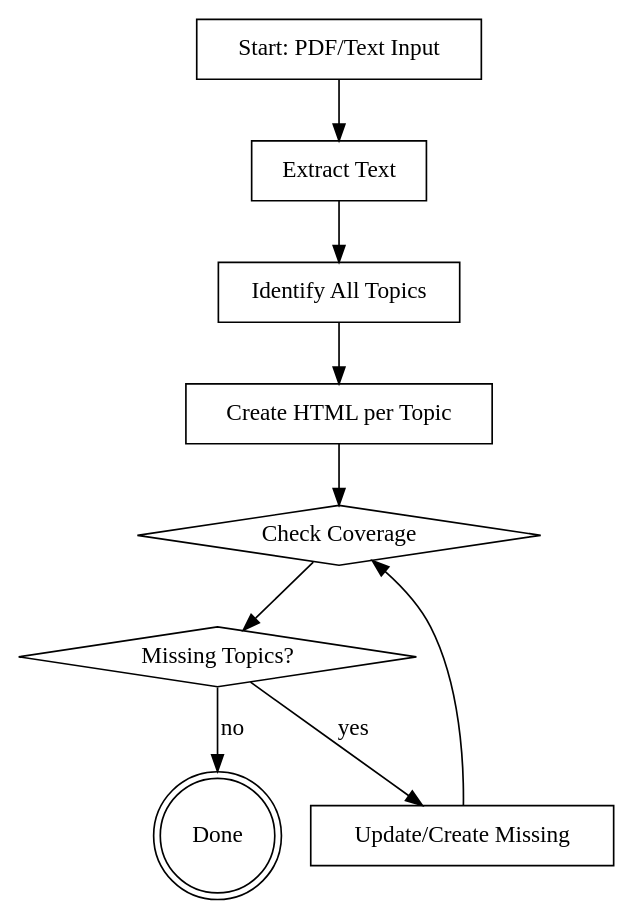
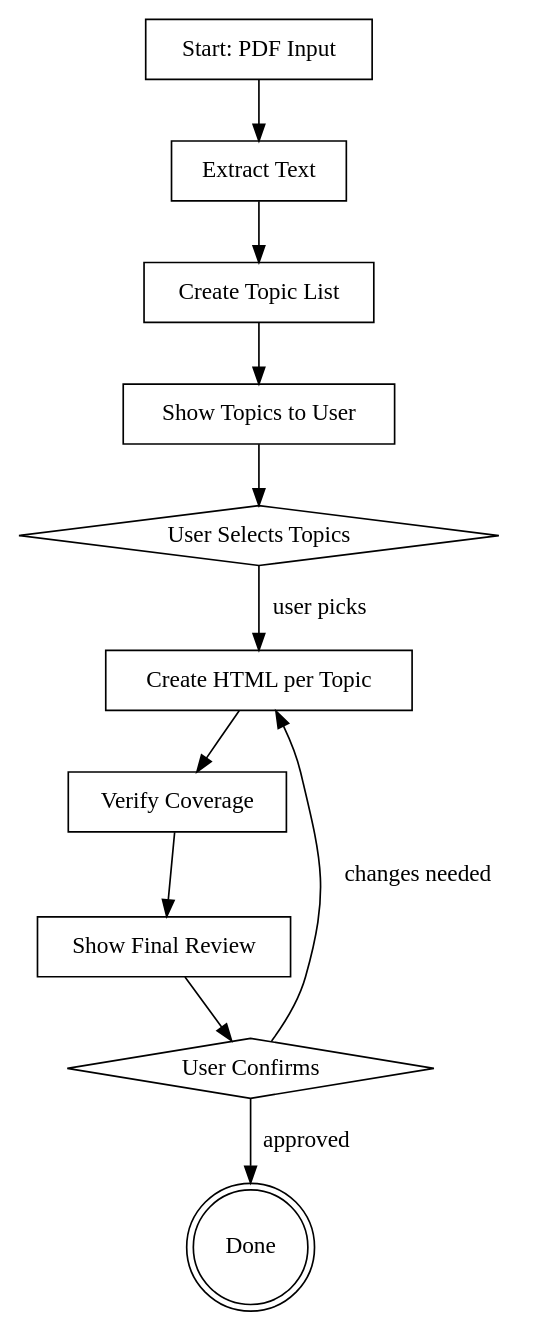
The diagram in .opencode/skills/textbook-to-html/SKILL.md (alirzaMhd/dars-arshad), drawn with Graphviz before and after one commit. The commit also changed other lines of this file and 1 other file, not shown here.

````diff
--- a/.opencode/skills/textbook-to-html/SKILL.md
+++ b/.opencode/skills/textbook-to-html/SKILL.md
@@ -21,21 +54,25 @@
 ```dot
 digraph workflow {
-    "Start: PDF/Text Input" [shape=box];
+    "Start: PDF Input" [shape=box];
     "Extract Text" [shape=box];
-    "Identify All Topics" [shape=box];
+    "Create Topic List" [shape=box];
+    "Show Topics to User" [shape=box];
+    "User Selects Topics" [shape=diamond];
     "Create HTML per Topic" [shape=box];
-    "Check Coverage" [shape=diamond];
-    "Missing Topics?" [shape=diamond];
-    "Update/Create Missing" [shape=box];
+    "Verify Coverage" [shape=box];
+    "Show Final Review" [shape=box];
+    "User Confirms" [shape=diamond];
     "Done" [shape=doublecircle];
 
-    "Start: PDF/Text Input" -> "Extract Text";
-    "Extract Text" -> "Identify All Topics";
-    "Identify All Topics" -> "Create HTML per Topic";
-    "Create HTML per Topic" -> "Check Coverage";
-    "Check Coverage" -> "Missing Topics?";
-    "Missing Topics?" -> "Update/Create Missing" [label="yes"];
-    "Missing Topics?" -> "Done" [label="no"];
-    "Update/Create Missing" -> "Check Coverage";
+    "Start: PDF Input" -> "Extract Text";
+    "Extract Text" -> "Create Topic List";
+    "Create Topic List" -> "Show Topics to User";
+    "Show Topics to User" -> "User Selects Topics";
+    "User Selects Topics" -> "Create HTML per Topic" [label="user picks"];
+    "Create HTML per Topic" -> "Verify Coverage";
+    "Verify Coverage" -> "Show Final Review";
+    "Show Final Review" -> "User Confirms";
+    "User Confirms" -> "Done" [label="approved"];
+    "User Confirms" -> "Create HTML per Topic" [label="changes needed"];
 }
 ```
````
